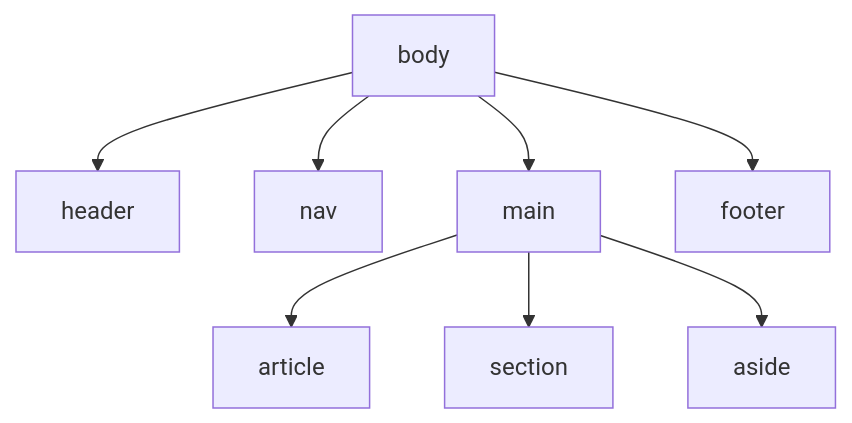
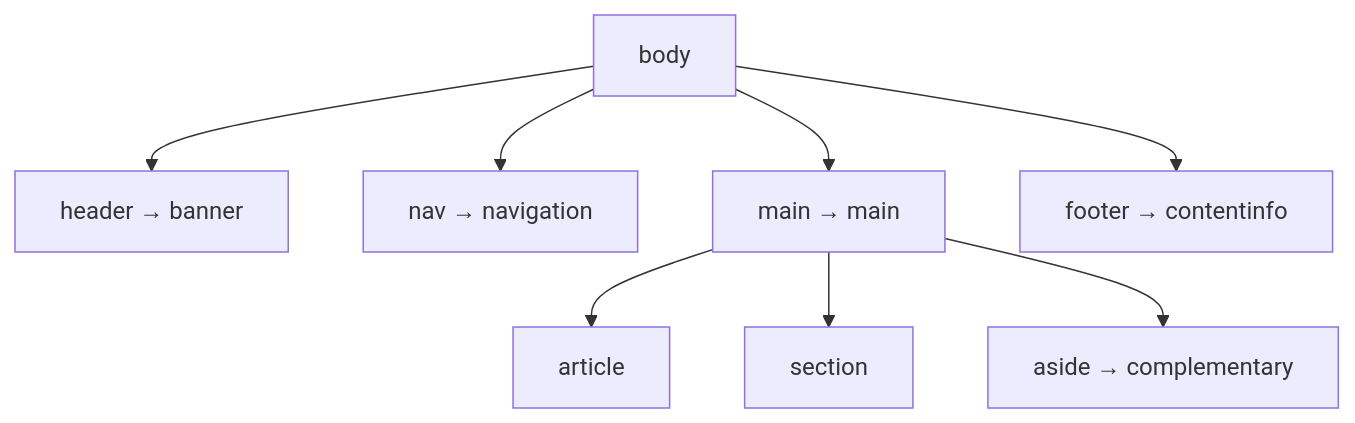
The first of 2 diagrams in HTML/02 Estructura Semántica/index.md (Pineapple-Mikael-Engineer/Frontend_Obsidian), drawn with Mermaid before and after one commit. The commit also changed other lines of this file and 11 other files, not shown here.

````diff
--- a/HTML/02 Estructura Semántica/index.md
+++ b/HTML/02 Estructura Semántica/index.md
@@ -38,10 +45,10 @@
 ```mermaid
 graph TD
-  B[body] --> H[header]
-  B --> N[nav]
-  B --> M[main]
-  B --> F[footer]
+  B[body] --> H["header → banner"]
+  B --> N["nav → navigation"]
+  B --> M["main → main"]
+  B --> F["footer → contentinfo"]
   M --> ART[article]
   M --> SEC[section]
-  M --> AS[aside]
+  M --> AS["aside → complementary"]
 ```
````
